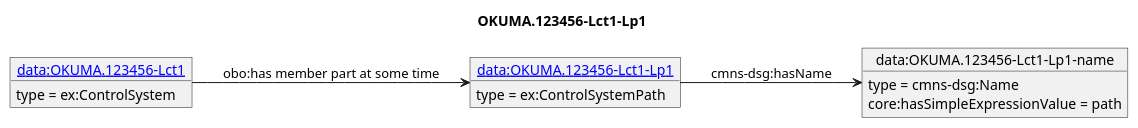
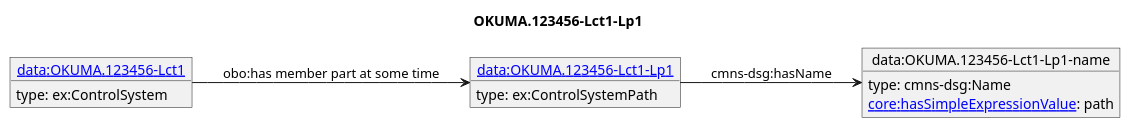
Before and after one commit to iofoundry/example-syseng-mtconnect: the diagram in diagrams/OKUMA.123456-Lct1-Lp1.puml, drawn with PlantUML. The commit also changed 143 other files, not shown here.

Commit message:
Added links for core ontology

```diff
--- a/diagrams/OKUMA.123456-Lct1-Lp1.puml
+++ b/diagrams/OKUMA.123456-Lct1-Lp1.puml
@@ -1,17 +1,17 @@
 @startuml
 skinparam linetype polyline
 left to right direction
 title OKUMA.123456-Lct1-Lp1
 object "[[./OKUMA.123456-Lct1-Lp1.html data:OKUMA.123456-Lct1-Lp1]]" as o1 {
- type = ex:ControlSystemPath
- }
+ type: ex:ControlSystemPath 
+}
 object "data:OKUMA.123456-Lct1-Lp1-name" as o2 {
- type = cmns-dsg:Name
- }
+ type: cmns-dsg:Name 
+}
 object "[[./OKUMA.123456-Lct1.html data:OKUMA.123456-Lct1]]" as o3 {
- type = ex:ControlSystem
- }
+ type: ex:ControlSystem 
+}
 o1 --> o2 : cmns-dsg:hasName
-o2 : core:hasSimpleExpressionValue = path
+o2 : [[https://spec.industrialontologies.org/ontology/core/Core/hasSimpleExpressionValue core:hasSimpleExpressionValue]]: path
 o3 --> o1 : obo:has member part at some time
 @enduml
```
